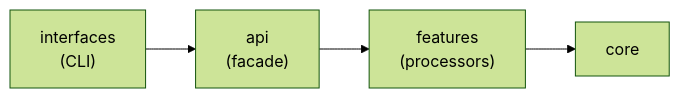
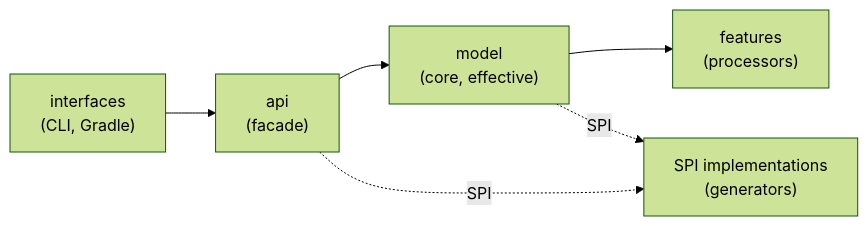
One commit to zenhelix/dependanger changed the diagram in docs/01-concepts/constitution.adoc. Above: the diagram before and after it, drawn with Mermaid (forest theme). The commit also changed other lines of this file and 9 other files, not shown here.

```diff
--- a/docs/01-concepts/constitution.adoc
+++ b/docs/01-concepts/constitution.adoc
@@ -39,7 +39,9 @@
 [mermaid,target=constitution-deps,format=svg]
 ----
 flowchart LR
-    interfaces["interfaces<br/>(CLI)"] --> api["api<br/>(facade)"]
-    api --> features["features<br/>(processors)"]
-    features --> core["core"]
+    interfaces["interfaces<br/>(CLI, Gradle)"] --> api["api<br/>(facade)"]
+    api --> model["model<br/>(core, effective)"]
+    model --> features["features<br/>(processors)"]
+    api -.->|"SPI"| spi["SPI implementations<br/>(generators)"]
+    model -.->|"SPI"| spi
 ----
```
